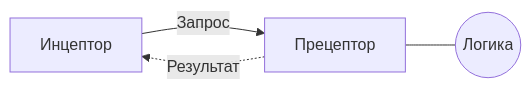
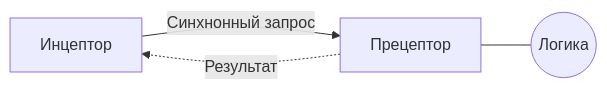
Before and after one commit to johnthesmith/scraps: the diagram in ru/msa.md, drawn with Mermaid.

````diff
--- a/ru/msa.md
+++ b/ru/msa.md
@@ -13,10 +13,10 @@
 ```mermaid
 graph LR;
     inceptor[Инцептор]
     preceptor[Прецептор]
     rig((Логика))
 
-    inceptor --> |Запрос| preceptor;
+    inceptor --> |Синхнонный запрос| preceptor;
     preceptor -.-> |Результат| inceptor;
     preceptor --- rig
 ```
````
